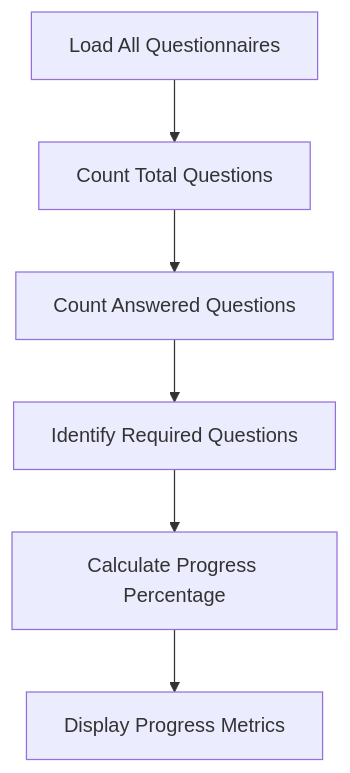
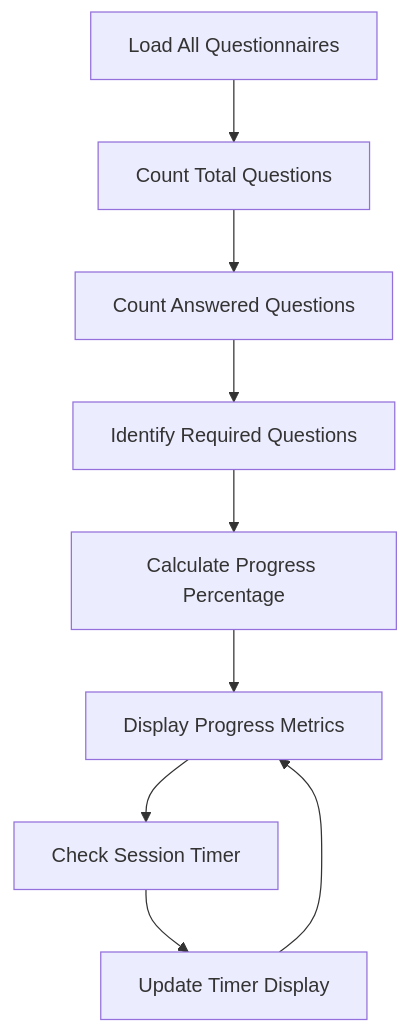
One commit to rudicatsmile/assesment360 changed the eighth of 9 diagrams in .qoder/repowiki/en/content/Core Features/Evaluation Workflows/Questionnaire Filling Interface.md. Above: the diagram before and after it, drawn with Mermaid. The commit also changed other lines of this file and 6 other files, not shown here.

````diff
--- a/.qoder/repowiki/en/content/Core Features/Evaluation Workflows/Questionnaire Filling Interface.md
+++ b/.qoder/repowiki/en/content/Core Features/Evaluation Workflows/Questionnaire Filling Interface.md
@@ -377,8 +486,11 @@
 ```mermaid
 flowchart TD
 Load["Load All Questionnaires"] --> Count["Count Total Questions"]
 Count --> Answered["Count Answered Questions"]
 Answered --> Required["Identify Required Questions"]
 Required --> Calculate["Calculate Progress Percentage"]
 Calculate --> Display["Display Progress Metrics"]
+Display --> CheckTime["Check Session Timer"]
+CheckTime --> UpdateTimer["Update Timer Display"]
+UpdateTimer --> Display
 ```
````
